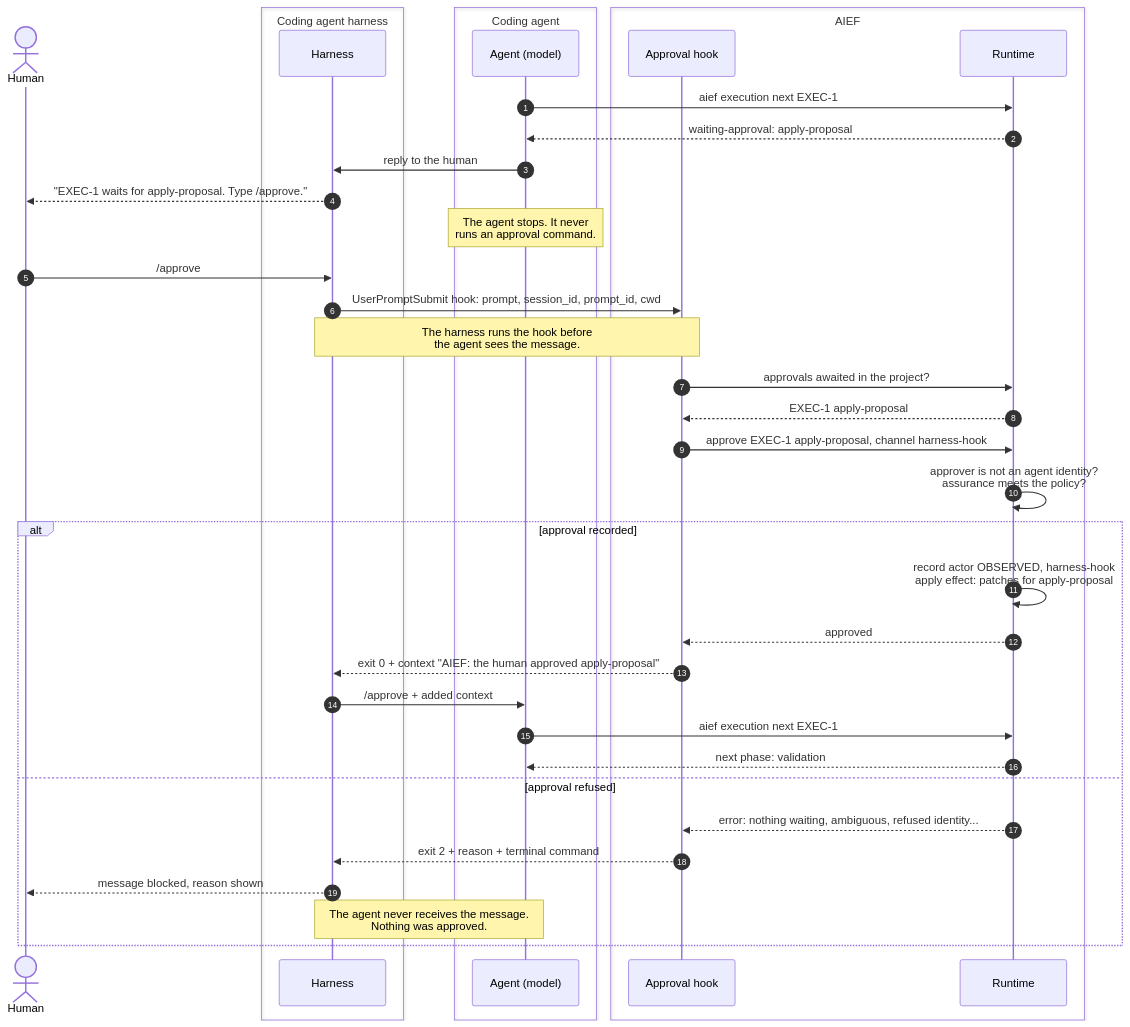
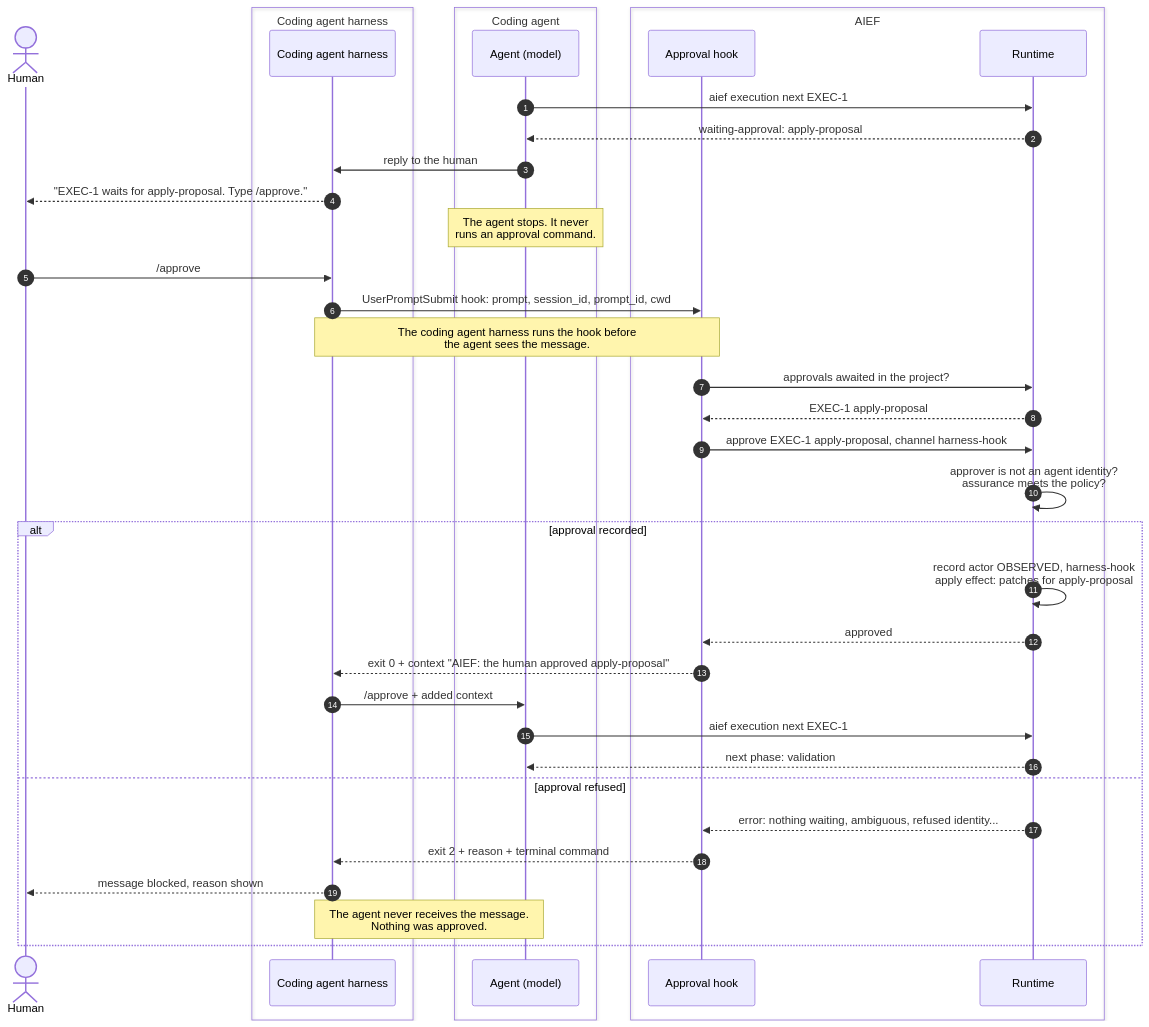
The first of 2 diagrams in docs/34-human-approval.md (ricken07/ai-engineering-factory), drawn with Mermaid before and after one commit. The commit also changed other lines of this file and 11 other files, not shown here.

````diff
--- a/docs/34-human-approval.md
+++ b/docs/34-human-approval.md
@@ -78,43 +78,43 @@
 ```mermaid
 sequenceDiagram
     autonumber
     actor H as Human
     box transparent Coding agent harness
-        participant HA as Harness
+        participant HA as Coding agent harness
     end
     box transparent Coding agent
         participant AG as Agent (model)
     end
     box transparent AIEF
         participant HK as Approval hook
         participant RT as Runtime
     end
 
     AG->>RT: aief execution next EXEC-1
     RT-->>AG: waiting-approval: apply-proposal
     AG->>HA: reply to the human
     HA-->>H: "EXEC-1 waits for apply-proposal. Type /approve."
     Note over AG: The agent stops. It never<br/>runs an approval command.
 
     H->>HA: /approve
     HA->>HK: UserPromptSubmit hook: prompt, session_id, prompt_id, cwd
-    Note over HA,HK: The harness runs the hook before<br/>the agent sees the message.
+    Note over HA,HK: The coding agent harness runs the hook before<br/>the agent sees the message.
     HK->>RT: approvals awaited in the project?
     RT-->>HK: EXEC-1 apply-proposal
     HK->>RT: approve EXEC-1 apply-proposal, channel harness-hook
     RT->>RT: approver is not an agent identity?<br/>assurance meets the policy?
 
     alt approval recorded
         RT->>RT: record actor OBSERVED, harness-hook<br/>apply effect: patches for apply-proposal
         RT-->>HK: approved
         HK-->>HA: exit 0 + context "AIEF: the human approved apply-proposal"
         HA->>AG: /approve + added context
         AG->>RT: aief execution next EXEC-1
         RT-->>AG: next phase: validation
     else approval refused
         RT-->>HK: error: nothing waiting, ambiguous, refused identity...
         HK-->>HA: exit 2 + reason + terminal command
         HA-->>H: message blocked, reason shown
         Note over HA,AG: The agent never receives the message.<br/>Nothing was approved.
     end
 ```
````
